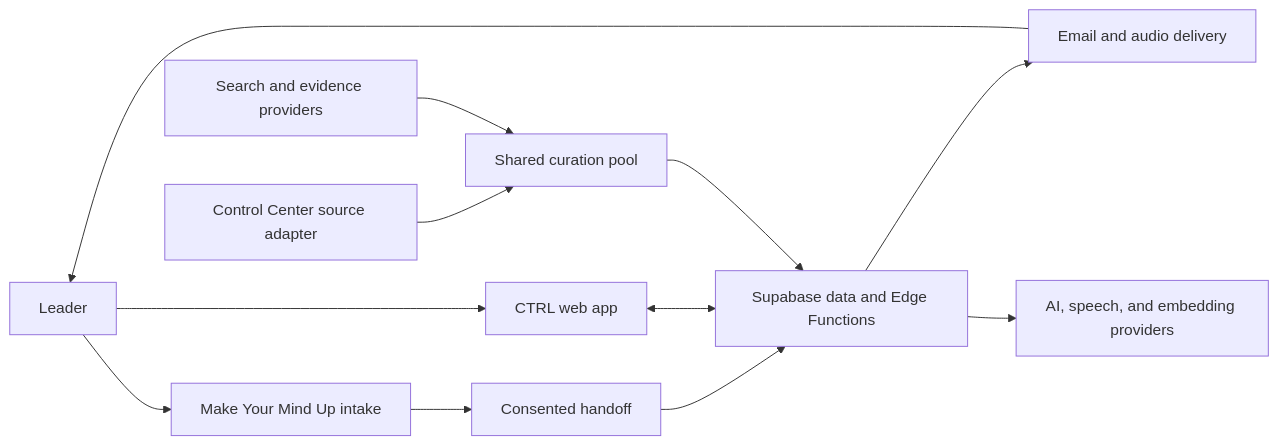
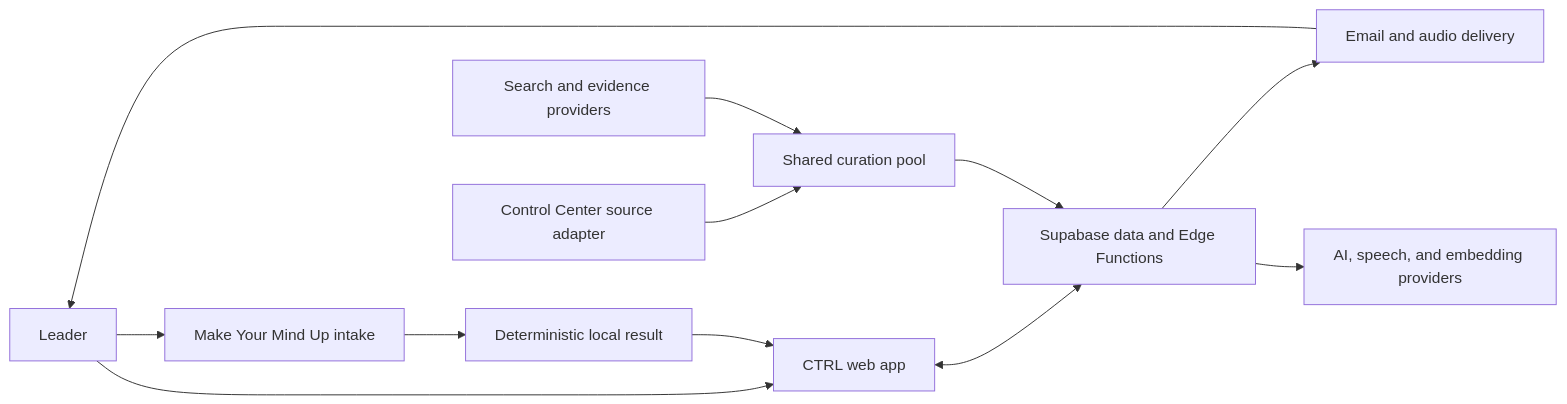
Before and after one commit to krishanraja/mindmaker-for-leaders: the diagram in docs/current/architecture.md, drawn with Mermaid. The commit also changed other lines of this file and 12 other files, not shown here.

````diff
--- a/docs/current/architecture.md
+++ b/docs/current/architecture.md
@@ -11,14 +11,14 @@
 ```mermaid
 flowchart LR
   U["Leader"] --> W["Make Your Mind Up intake"]
   U --> A["CTRL web app"]
-  W --> H["Consented handoff"]
-  H --> S["Supabase data and Edge Functions"]
-  A <--> S
+  W --> L["Deterministic local result"]
+  L --> A
+  A <--> S["Supabase data and Edge Functions"]
   C["Control Center source adapter"] --> P["Shared curation pool"]
   X["Search and evidence providers"] --> P
   P --> S
   S --> D["Email and audio delivery"]
   D --> U
   S --> M["AI, speech, and embedding providers"]
 ```
````
